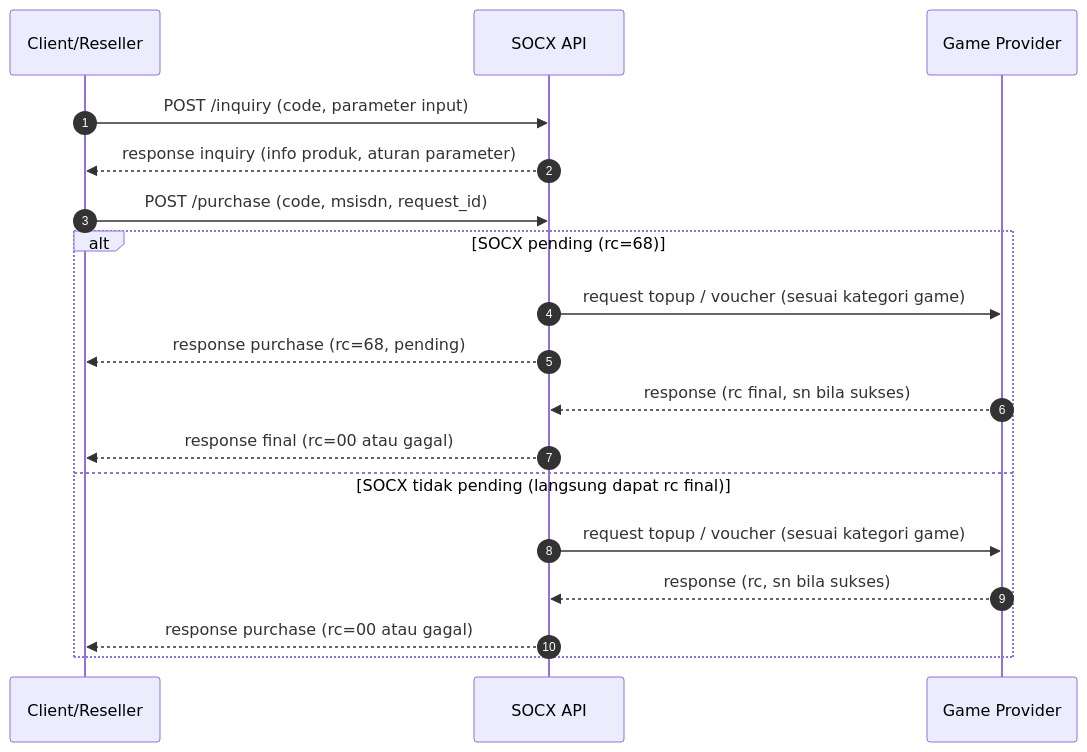
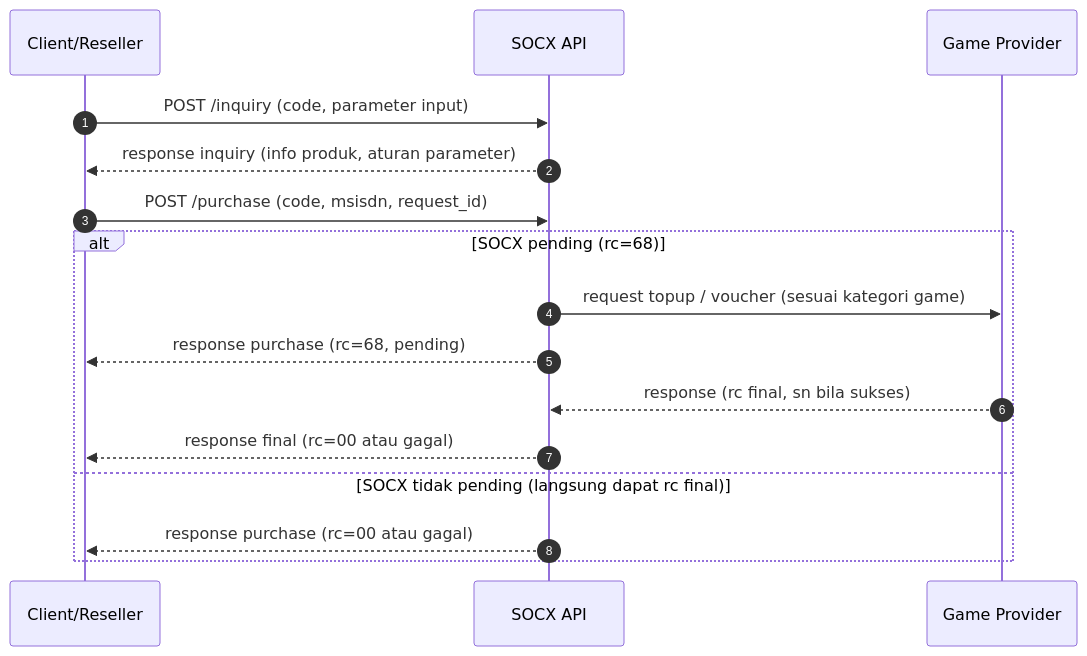
The diagram in doc/transaksi-direct/klasifikasi-produk-game.md (maulana222/socx-api-documentation), drawn with Mermaid before and after one commit.

Commit message:
change flow

````diff
--- a/doc/transaksi-direct/klasifikasi-produk-game.md
+++ b/doc/transaksi-direct/klasifikasi-produk-game.md
@@ -13,22 +13,20 @@
 ```mermaid
 sequenceDiagram
   autonumber
   participant Client as Client/Reseller
   participant SOCX as SOCX API
   participant Biller as Game Provider
 
   Client->>SOCX: POST /inquiry (code, parameter input)
   SOCX-->>Client: response inquiry (info produk, aturan parameter)
 
   Client->>SOCX: POST /purchase (code, msisdn, request_id)
   alt SOCX pending (rc=68)
     SOCX->>Biller: request topup / voucher (sesuai kategori game)
     SOCX-->>Client: response purchase (rc=68, pending)
     Biller-->>SOCX: response (rc final, sn bila sukses)
     SOCX-->>Client: response final (rc=00 atau gagal)
   else SOCX tidak pending (langsung dapat rc final)
-    SOCX->>Biller: request topup / voucher (sesuai kategori game)
-    Biller-->>SOCX: response (rc, sn bila sukses)
     SOCX-->>Client: response purchase (rc=00 atau gagal)
   end
 ```
````
